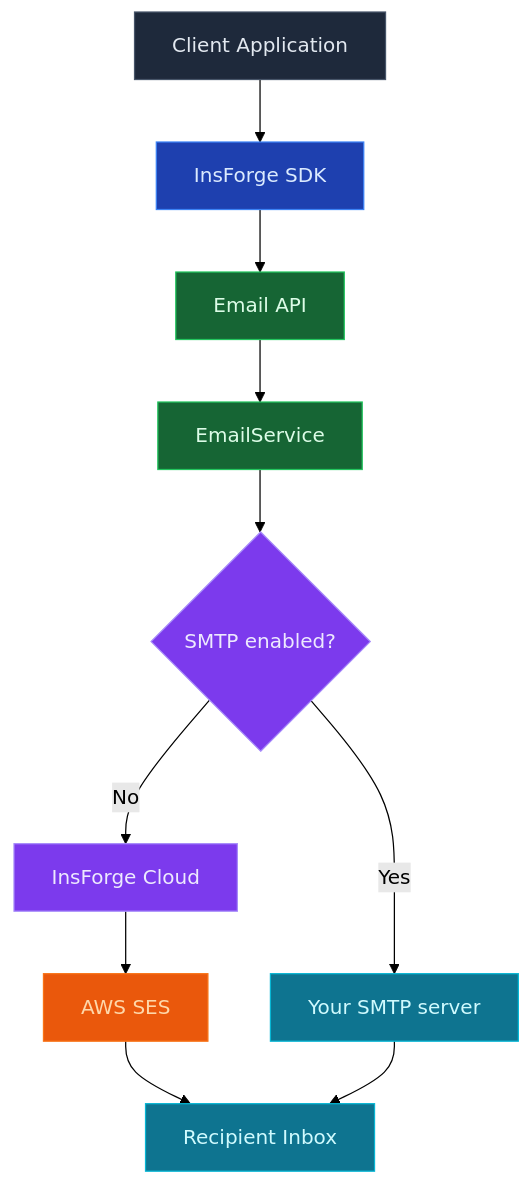
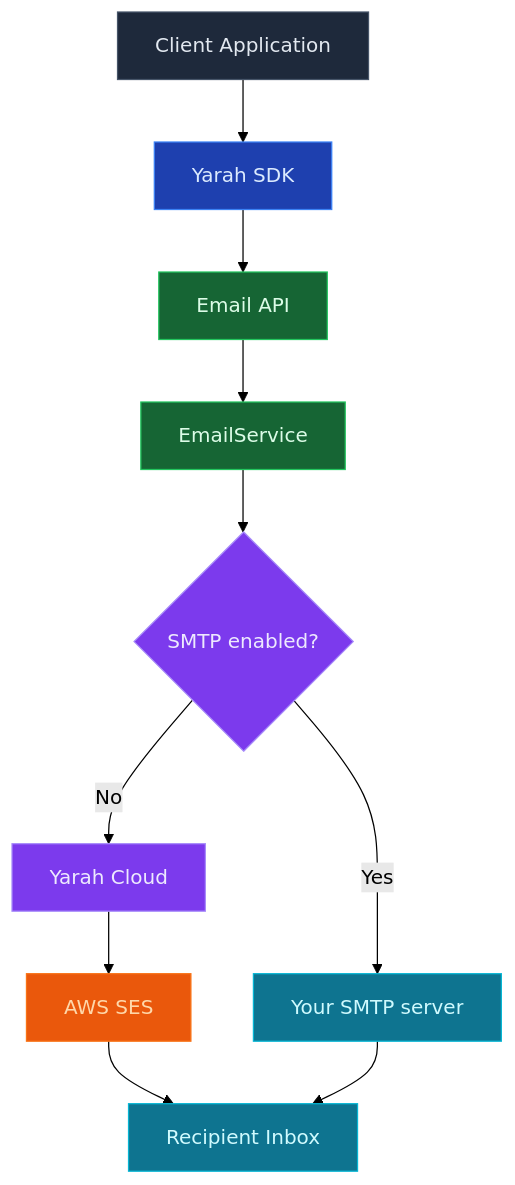
The diagram in docs/core-concepts/messaging/overview.mdx (Darts7u7/Yarah-oos), drawn with Mermaid (forest theme) before and after one commit. The commit also changed other lines of this file and 1141 other files, not shown here.

````diff
--- a/docs/core-concepts/messaging/overview.mdx
+++ b/docs/core-concepts/messaging/overview.mdx
@@ -17,22 +17,22 @@
 ```mermaid
 graph TB
-    Client[Client Application] --> SDK[InsForge SDK]
+    Client[Client Application] --> SDK[Yarah SDK]
     SDK --> API[Email API]
     API --> Service[EmailService]
     Service --> Decision{SMTP enabled?}
-    Decision -->|No| Cloud[InsForge Cloud]
+    Decision -->|No| Cloud[Yarah Cloud]
     Cloud --> SES[AWS SES]
     Decision -->|Yes| SMTP[Your SMTP server]
     SES --> Inbox[Recipient Inbox]
     SMTP --> Inbox
 
     style Client fill:#1e293b,stroke:#475569,color:#e2e8f0
     style SDK fill:#1e40af,stroke:#3b82f6,color:#dbeafe
     style API fill:#166534,stroke:#22c55e,color:#dcfce7
     style Service fill:#166534,stroke:#22c55e,color:#dcfce7
     style Decision fill:#7c3aed,stroke:#a78bfa,color:#ede9fe
     style Cloud fill:#7c3aed,stroke:#a78bfa,color:#ede9fe
     style SES fill:#ea580c,stroke:#f97316,color:#fed7aa
     style SMTP fill:#0e7490,stroke:#06b6d4,color:#cffafe
     style Inbox fill:#0e7490,stroke:#06b6d4,color:#cffafe
 ```
````
